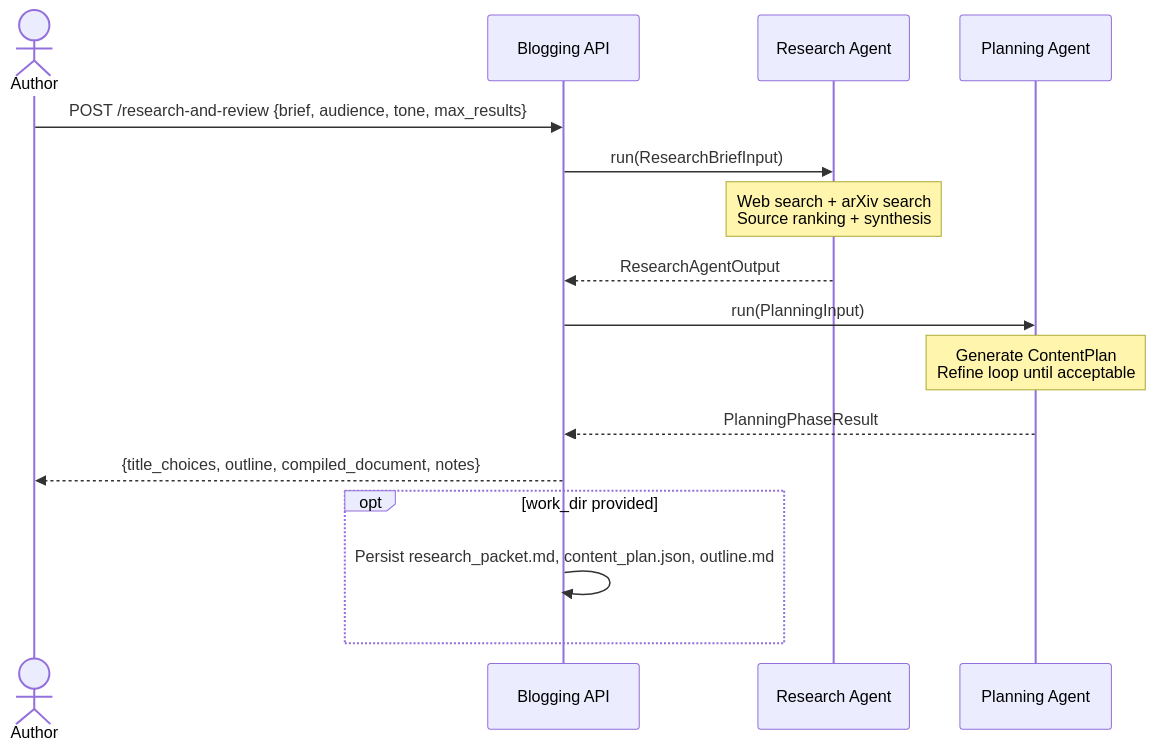
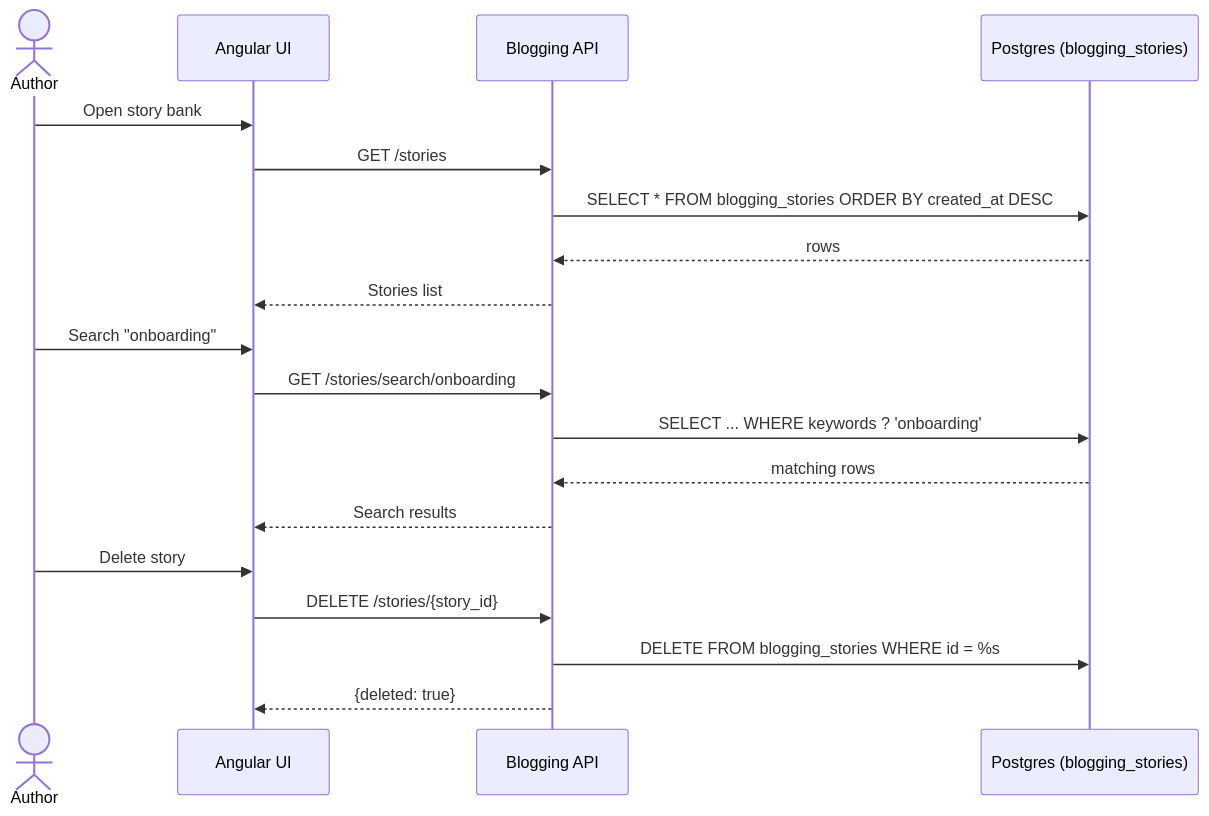
Before and after one commit to deepthought42/Khala-Agentic-AI-Teams: the ninth of 9 diagrams in backend/agents/blogging/system_design/Use_Cases.md, drawn with Mermaid. The commit also changed other lines of this file and 4 other files, not shown here.

First line of the commit message:
Reorganize blogging team documentation and clarify v2 pipeline architecture (#138)

````diff
--- a/backend/agents/blogging/system_design/Use_Cases.md
+++ b/backend/agents/blogging/system_design/Use_Cases.md
@@ -390,23 +387,24 @@
 ```mermaid
 sequenceDiagram
     actor Author
+    participant UI as Angular UI
     participant API as Blogging API
-    participant RA as Research Agent
-    participant PA as Planning Agent
+    participant PG as Postgres (blogging_stories)
 
-    Author->>API: POST /research-and-review {brief, audience, tone, max_results}
+    Author->>UI: Open story bank
+    UI->>API: GET /stories
+    API->>PG: SELECT * FROM blogging_stories ORDER BY created_at DESC
+    PG-->>API: rows
+    API-->>UI: Stories list
 
-    API->>RA: run(ResearchBriefInput)
-    Note over RA: Web search + arXiv search<br/>Source ranking + synthesis
-    RA-->>API: ResearchAgentOutput
+    Author->>UI: Search "onboarding"
+    UI->>API: GET /stories/search/onboarding
+    API->>PG: SELECT ... WHERE keywords ? 'onboarding'
+    PG-->>API: matching rows
+    API-->>UI: Search results
 
-    API->>PA: run(PlanningInput)
-    Note over PA: Generate ContentPlan<br/>Refine loop until acceptable
-    PA-->>API: PlanningPhaseResult
-
-    API-->>Author: {title_choices, outline, compiled_document, notes}
-
-    opt work_dir provided
-        API->>API: Persist research_packet.md, content_plan.json, outline.md
-    end
+    Author->>UI: Delete story
+    UI->>API: DELETE /stories/{story_id}
+    API->>PG: DELETE FROM blogging_stories WHERE id = %s
+    API-->>UI: {deleted: true}
 ```
````
